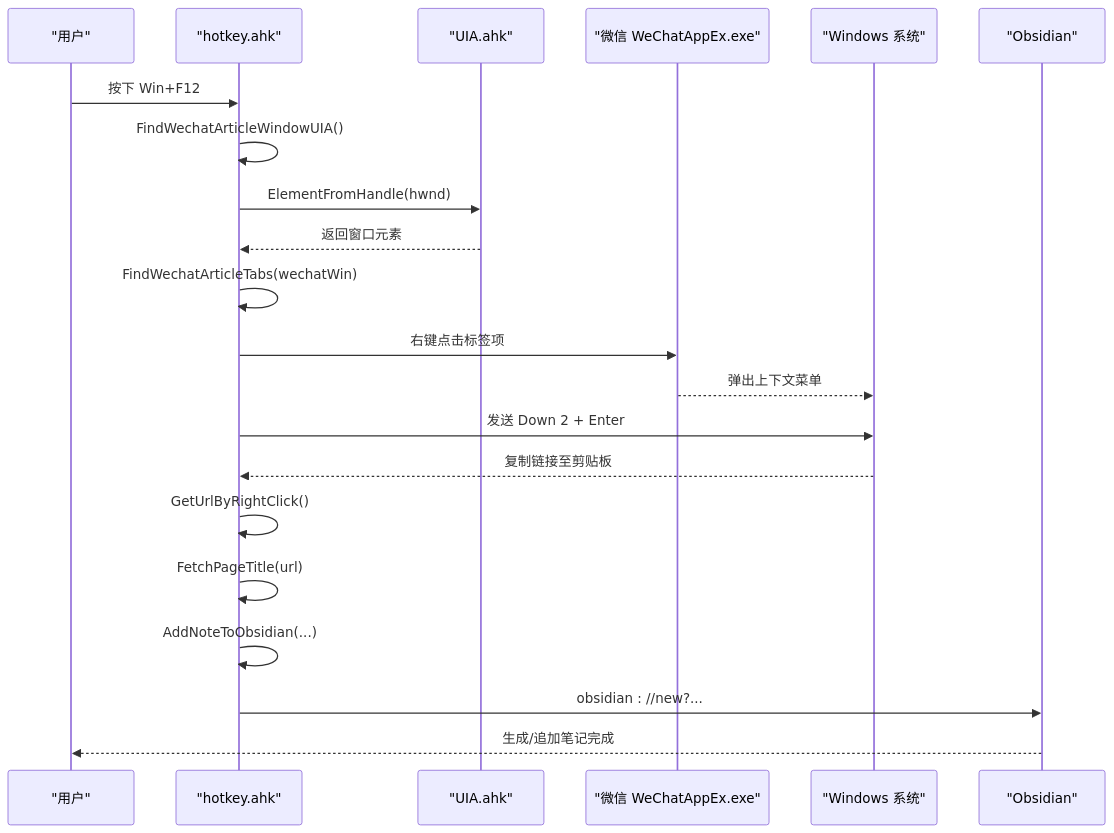
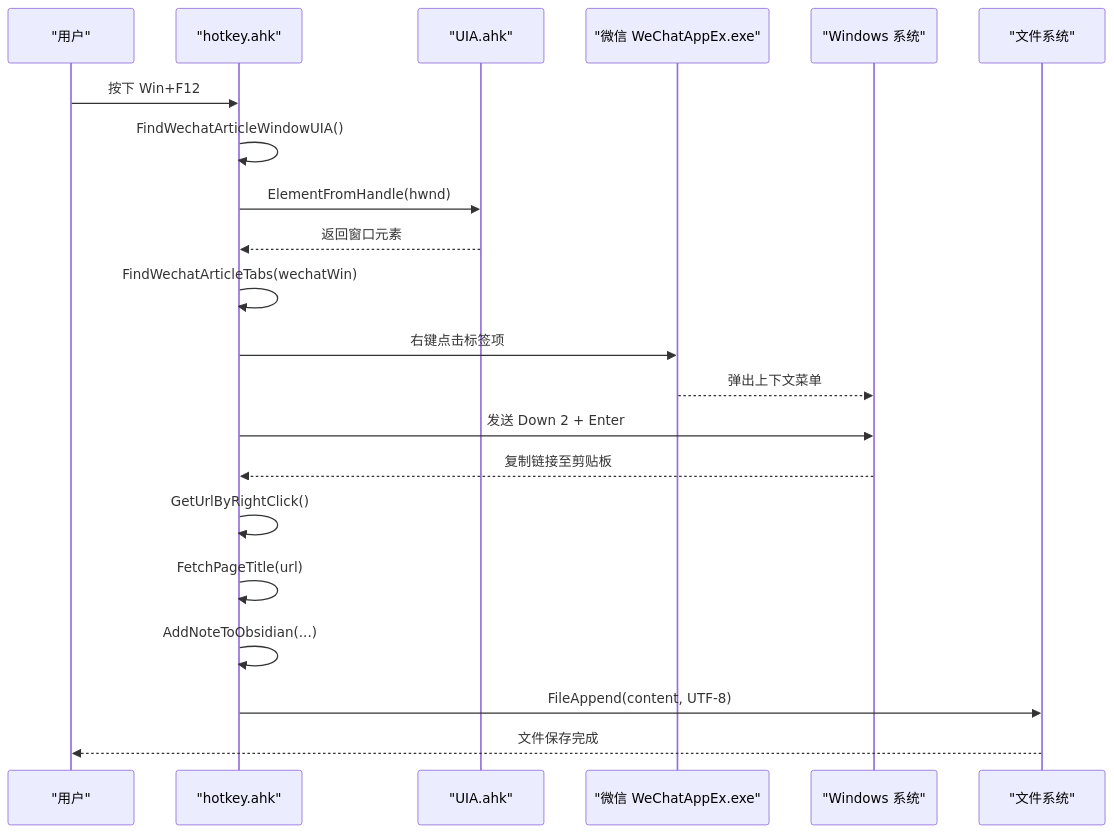
Before and after one commit to wangys-123doit/hotkey: the second of 7 diagrams in .qoder/repowiki/zh/content/外部工具集成/微信文章处理系统.md, drawn with Mermaid. The commit also changed other lines of this file and 8 other files, not shown here.

````diff
--- a/.qoder/repowiki/zh/content/外部工具集成/微信文章处理系统.md
+++ b/.qoder/repowiki/zh/content/外部工具集成/微信文章处理系统.md
@@ -81,23 +92,23 @@
 ```mermaid
 sequenceDiagram
 participant U as "用户"
 participant HK as "hotkey.ahk"
 participant UIA as "UIA.ahk"
 participant WX as "微信 WeChatAppEx.exe"
 participant OS as "Windows 系统"
-participant OBS as "Obsidian"
+participant FS as "文件系统"
 U->>HK : 按下 Win+F12
 HK->>HK : FindWechatArticleWindowUIA()
 HK->>UIA : ElementFromHandle(hwnd)
 UIA-->>HK : 返回窗口元素
 HK->>HK : FindWechatArticleTabs(wechatWin)
 HK->>WX : 右键点击标签项
 WX-->>OS : 弹出上下文菜单
 HK->>OS : 发送 Down 2 + Enter
 OS-->>HK : 复制链接至剪贴板
 HK->>HK : GetUrlByRightClick()
 HK->>HK : FetchPageTitle(url)
 HK->>HK : AddNoteToObsidian(...)
-HK->>OBS : obsidian : //new?...
-OBS-->>U : 生成/追加笔记完成
+HK->>FS : FileAppend(content, UTF-8)
+FS-->>U : 文件保存完成
 ```
````
